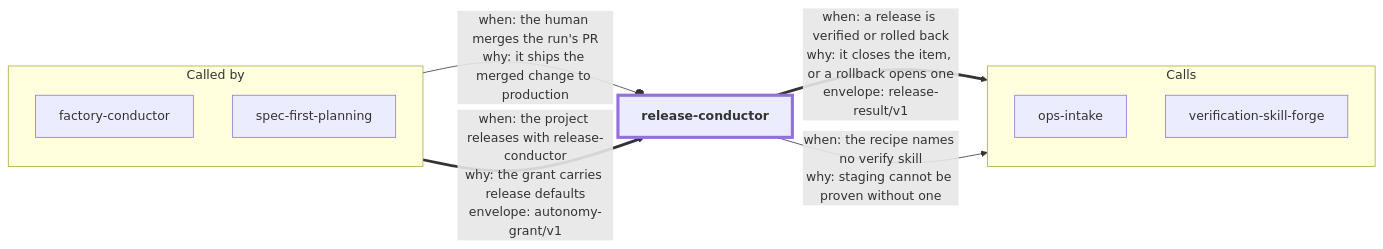
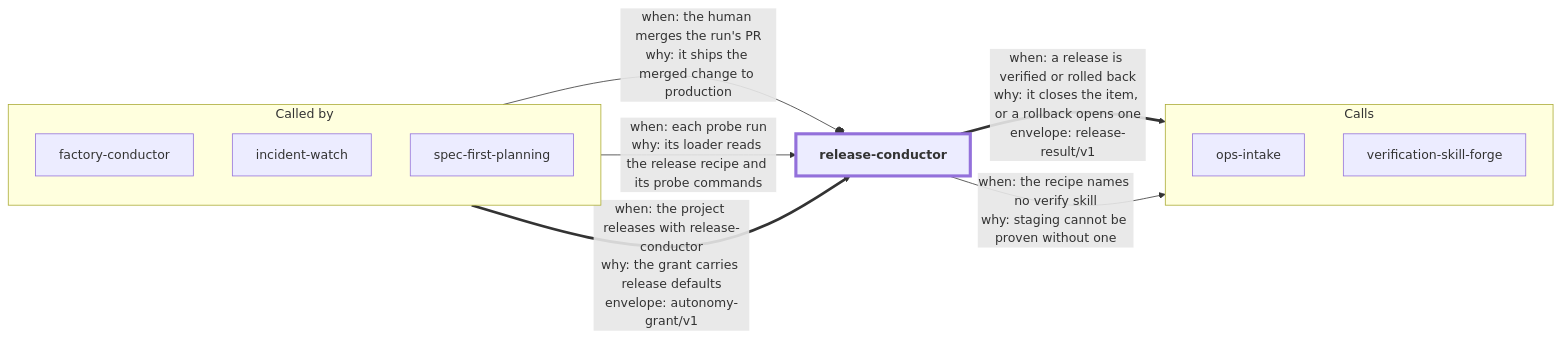
The diagram in release-conductor/README.md (dhanesh/agent-skills), drawn with Mermaid before and after one commit. The commit also changed other lines of this file and 8 other files, not shown here.

First line of the commit message:
docs(skill-graph): add the calls of factory-pipeline and incident-watch (R34)

````diff
--- a/release-conductor/README.md
+++ b/release-conductor/README.md
@@ -23,20 +23,22 @@
 ```mermaid
 flowchart LR
   subgraph callers["Called by"]
     direction TB
     in_factory_conductor["factory-conductor"]
+    in_incident_watch["incident-watch"]
     in_spec_first_planning["spec-first-planning"]
   end
   self_release_conductor["release-conductor"]
   subgraph callees["Calls"]
     direction TB
     out_ops_intake["ops-intake"]
     out_verification_skill_forge["verification-skill-forge"]
   end
   in_factory_conductor --o|"when: the human merges the run's PR<br/>why: it ships the merged change to production"| self_release_conductor
+  in_incident_watch -->|"when: each probe run<br/>why: its loader reads the release recipe and its probe commands"| self_release_conductor
   in_spec_first_planning ==>|"when: the project releases with release-conductor<br/>why: the grant carries release defaults<br/>envelope: autonomy-grant/v1"| self_release_conductor
   self_release_conductor ==>|"when: a release is verified or rolled back<br/>why: it closes the item, or a rollback opens one<br/>envelope: release-result/v1"| out_ops_intake
   self_release_conductor -->|"when: the recipe names no verify skill<br/>why: staging cannot be proven without one"| out_verification_skill_forge
   classDef self stroke-width:4px,font-weight:bold
   class self_release_conductor self
 ```
````
